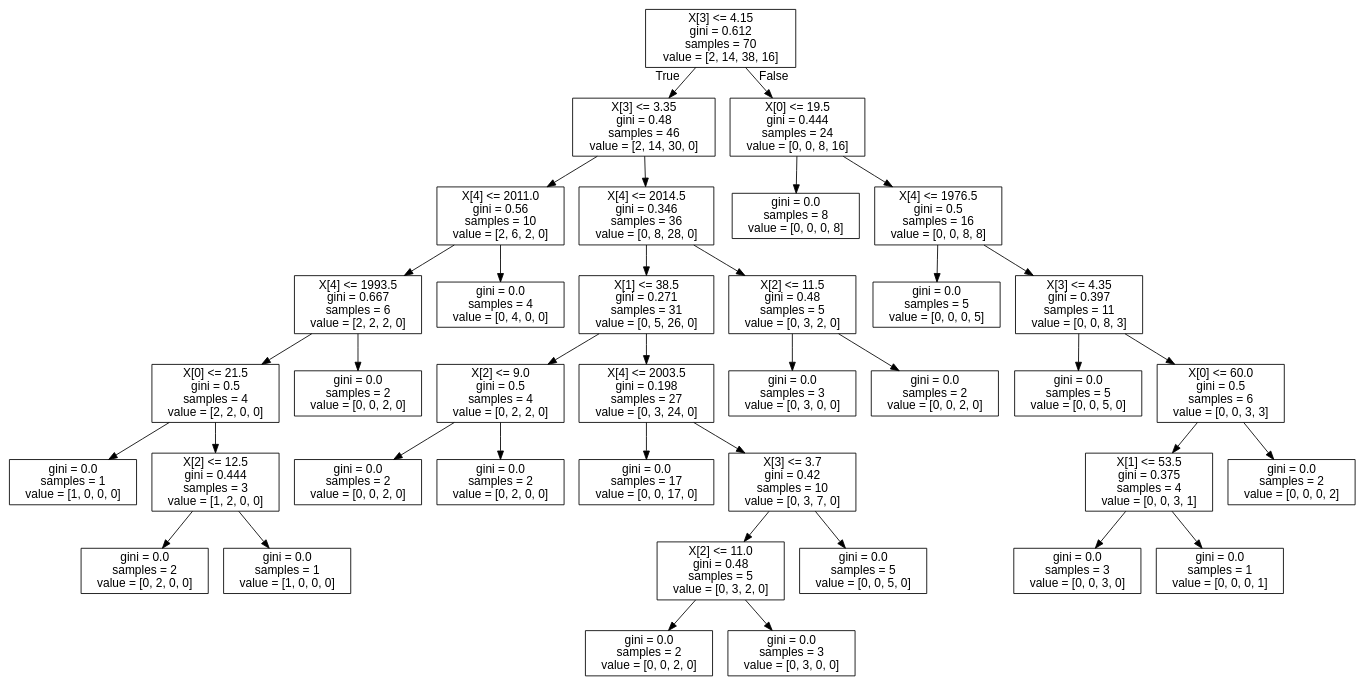
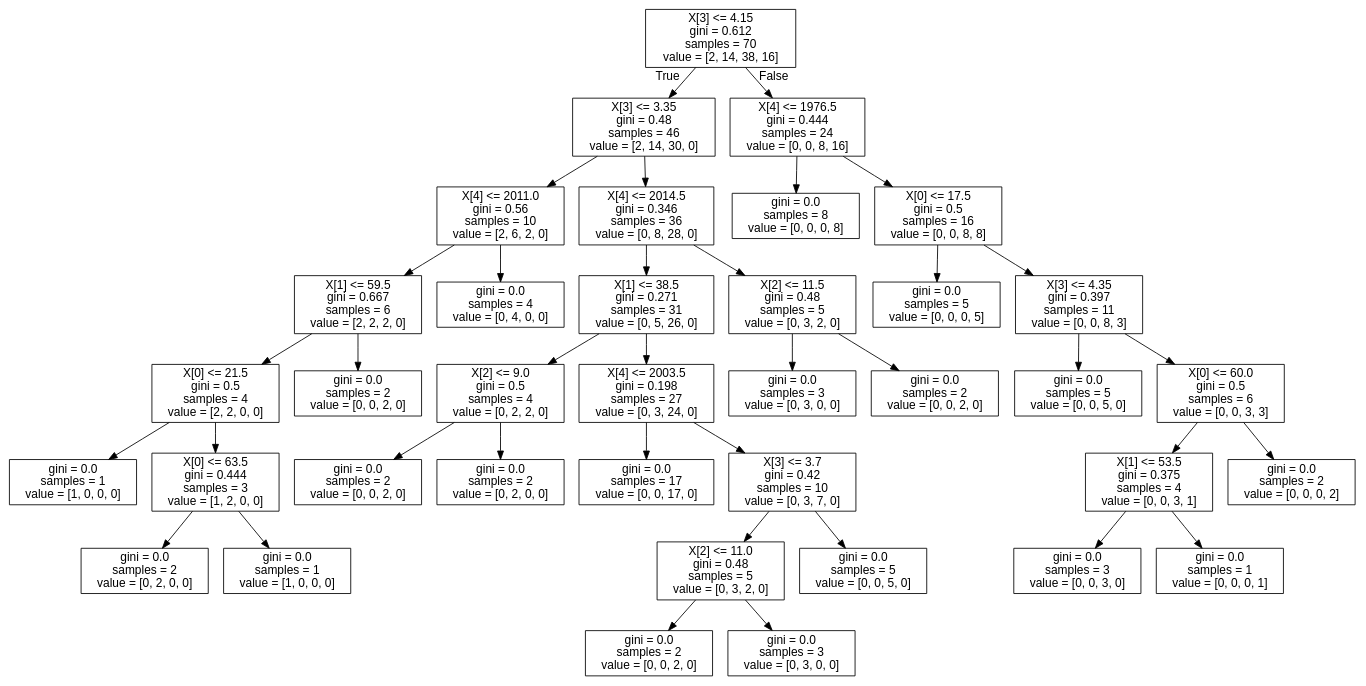
One commit to ViniciusOSAntos/Data-Science---Estudos-e-Atividades changed the diagram in BibliotecaMusicalV2/tree.dot. Above: the diagram before and after it, drawn with Graphviz. The commit also changed 1 other file, not shown here.

Commit message:
Inserindo exemplo de Donut Chart

```diff
--- a/BibliotecaMusicalV2/tree.dot
+++ b/BibliotecaMusicalV2/tree.dot
@@ -1,77 +1,77 @@
 digraph Tree {
 node [shape=box, fontname="helvetica"] ;
 edge [fontname="helvetica"] ;
 0 [label="X[3] <= 4.15\ngini = 0.612\nsamples = 70\nvalue = [2, 14, 38, 16]"] ;
 1 [label="X[3] <= 3.35\ngini = 0.48\nsamples = 46\nvalue = [2, 14, 30, 0]"] ;
 0 -> 1 [labeldistance=2.5, labelangle=45, headlabel="True"] ;
 2 [label="X[4] <= 2011.0\ngini = 0.56\nsamples = 10\nvalue = [2, 6, 2, 0]"] ;
 1 -> 2 ;
-3 [label="X[4] <= 1993.5\ngini = 0.667\nsamples = 6\nvalue = [2, 2, 2, 0]"] ;
+3 [label="X[1] <= 59.5\ngini = 0.667\nsamples = 6\nvalue = [2, 2, 2, 0]"] ;
 2 -> 3 ;
 4 [label="X[0] <= 21.5\ngini = 0.5\nsamples = 4\nvalue = [2, 2, 0, 0]"] ;
 3 -> 4 ;
 5 [label="gini = 0.0\nsamples = 1\nvalue = [1, 0, 0, 0]"] ;
 4 -> 5 ;
-6 [label="X[2] <= 12.5\ngini = 0.444\nsamples = 3\nvalue = [1, 2, 0, 0]"] ;
+6 [label="X[0] <= 63.5\ngini = 0.444\nsamples = 3\nvalue = [1, 2, 0, 0]"] ;
 4 -> 6 ;
 7 [label="gini = 0.0\nsamples = 2\nvalue = [0, 2, 0, 0]"] ;
 6 -> 7 ;
 8 [label="gini = 0.0\nsamples = 1\nvalue = [1, 0, 0, 0]"] ;
 6 -> 8 ;
 9 [label="gini = 0.0\nsamples = 2\nvalue = [0, 0, 2, 0]"] ;
 3 -> 9 ;
 10 [label="gini = 0.0\nsamples = 4\nvalue = [0, 4, 0, 0]"] ;
 2 -> 10 ;
 11 [label="X[4] <= 2014.5\ngini = 0.346\nsamples = 36\nvalue = [0, 8, 28, 0]"] ;
 1 -> 11 ;
 12 [label="X[1] <= 38.5\ngini = 0.271\nsamples = 31\nvalue = [0, 5, 26, 0]"] ;
 11 -> 12 ;
 13 [label="X[2] <= 9.0\ngini = 0.5\nsamples = 4\nvalue = [0, 2, 2, 0]"] ;
 12 -> 13 ;
 14 [label="gini = 0.0\nsamples = 2\nvalue = [0, 0, 2, 0]"] ;
 13 -> 14 ;
 15 [label="gini = 0.0\nsamples = 2\nvalue = [0, 2, 0, 0]"] ;
 13 -> 15 ;
 16 [label="X[4] <= 2003.5\ngini = 0.198\nsamples = 27\nvalue = [0, 3, 24, 0]"] ;
 12 -> 16 ;
 17 [label="gini = 0.0\nsamples = 17\nvalue = [0, 0, 17, 0]"] ;
 16 -> 17 ;
 18 [label="X[3] <= 3.7\ngini = 0.42\nsamples = 10\nvalue = [0, 3, 7, 0]"] ;
 16 -> 18 ;
 19 [label="X[2] <= 11.0\ngini = 0.48\nsamples = 5\nvalue = [0, 3, 2, 0]"] ;
 18 -> 19 ;
 20 [label="gini = 0.0\nsamples = 2\nvalue = [0, 0, 2, 0]"] ;
 19 -> 20 ;
 21 [label="gini = 0.0\nsamples = 3\nvalue = [0, 3, 0, 0]"] ;
 19 -> 21 ;
 22 [label="gini = 0.0\nsamples = 5\nvalue = [0, 0, 5, 0]"] ;
 18 -> 22 ;
 23 [label="X[2] <= 11.5\ngini = 0.48\nsamples = 5\nvalue = [0, 3, 2, 0]"] ;
 11 -> 23 ;
 24 [label="gini = 0.0\nsamples = 3\nvalue = [0, 3, 0, 0]"] ;
 23 -> 24 ;
 25 [label="gini = 0.0\nsamples = 2\nvalue = [0, 0, 2, 0]"] ;
 23 -> 25 ;
-26 [label="X[0] <= 19.5\ngini = 0.444\nsamples = 24\nvalue = [0, 0, 8, 16]"] ;
+26 [label="X[4] <= 1976.5\ngini = 0.444\nsamples = 24\nvalue = [0, 0, 8, 16]"] ;
 0 -> 26 [labeldistance=2.5, labelangle=-45, headlabel="False"] ;
 27 [label="gini = 0.0\nsamples = 8\nvalue = [0, 0, 0, 8]"] ;
 26 -> 27 ;
-28 [label="X[4] <= 1976.5\ngini = 0.5\nsamples = 16\nvalue = [0, 0, 8, 8]"] ;
+28 [label="X[0] <= 17.5\ngini = 0.5\nsamples = 16\nvalue = [0, 0, 8, 8]"] ;
 26 -> 28 ;
 29 [label="gini = 0.0\nsamples = 5\nvalue = [0, 0, 0, 5]"] ;
 28 -> 29 ;
 30 [label="X[3] <= 4.35\ngini = 0.397\nsamples = 11\nvalue = [0, 0, 8, 3]"] ;
 28 -> 30 ;
 31 [label="gini = 0.0\nsamples = 5\nvalue = [0, 0, 5, 0]"] ;
 30 -> 31 ;
 32 [label="X[0] <= 60.0\ngini = 0.5\nsamples = 6\nvalue = [0, 0, 3, 3]"] ;
 30 -> 32 ;
 33 [label="X[1] <= 53.5\ngini = 0.375\nsamples = 4\nvalue = [0, 0, 3, 1]"] ;
 32 -> 33 ;
 34 [label="gini = 0.0\nsamples = 3\nvalue = [0, 0, 3, 0]"] ;
 33 -> 34 ;
 35 [label="gini = 0.0\nsamples = 1\nvalue = [0, 0, 0, 1]"] ;
 33 -> 35 ;
 36 [label="gini = 0.0\nsamples = 2\nvalue = [0, 0, 0, 2]"] ;
 32 -> 36 ;
 }
```
